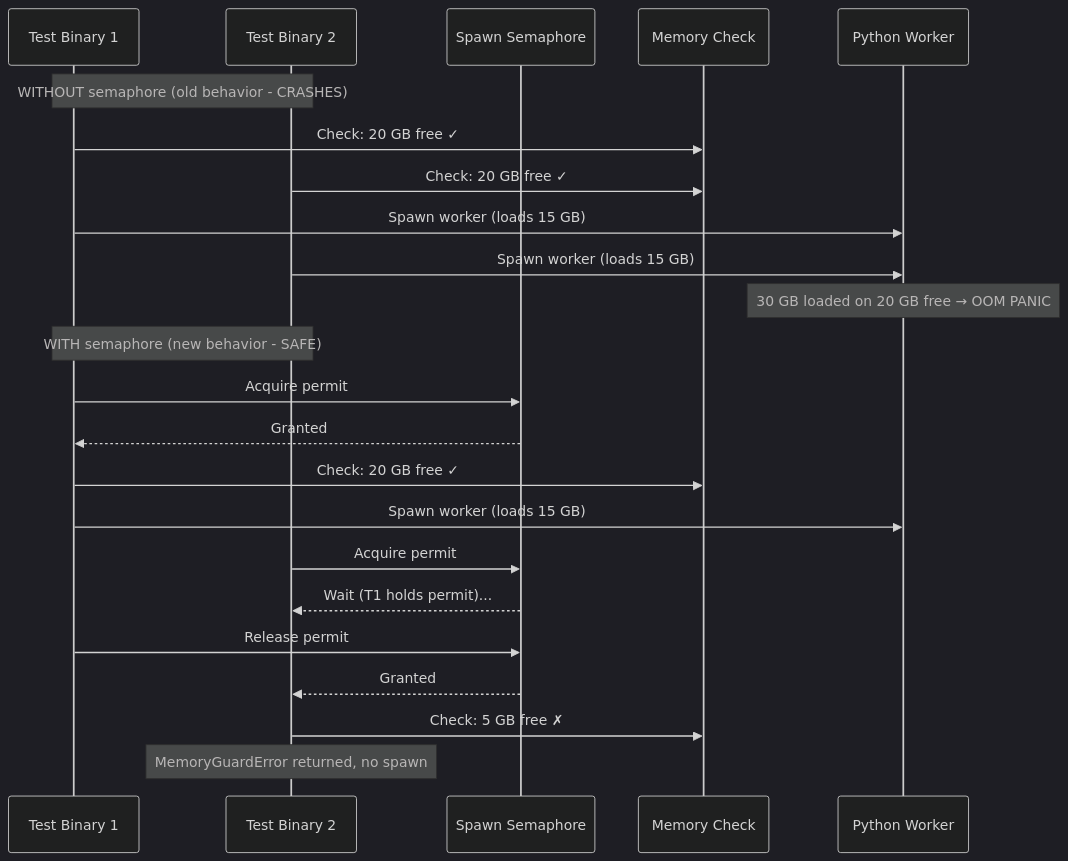
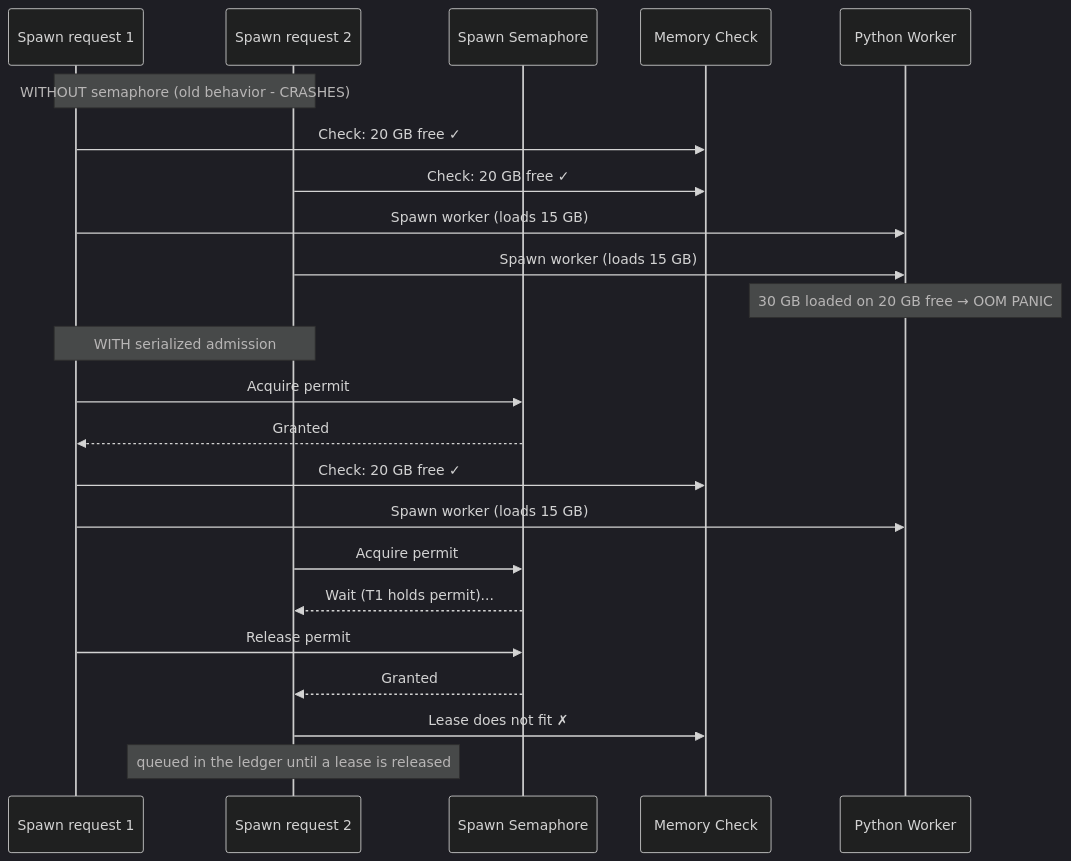
One commit to FranklinChen/talkbank-tools changed the second of 3 diagrams in book/src/batchalign/developer/memory-safety.md. Above: the diagram before and after it, drawn with Mermaid (dark theme). The commit also changed other lines of this file and 523 other files, not shown here.

````diff
--- a/book/src/batchalign/developer/memory-safety.md
+++ b/book/src/batchalign/developer/memory-safety.md
@@ -162,27 +251,27 @@
 ```mermaid
 sequenceDiagram
-    participant T1 as Test Binary 1
-    participant T2 as Test Binary 2
+    participant T1 as Spawn request 1
+    participant T2 as Spawn request 2
     participant Sem as Spawn Semaphore
     participant Mem as Memory Check
     participant Py as Python Worker
 
     Note over T1,T2: WITHOUT semaphore (old behavior - CRASHES)
     T1->>Mem: Check: 20 GB free ✓
     T2->>Mem: Check: 20 GB free ✓
     T1->>Py: Spawn worker (loads 15 GB)
     T2->>Py: Spawn worker (loads 15 GB)
     Note over Py: 30 GB loaded on 20 GB free → OOM PANIC
 
-    Note over T1,T2: WITH semaphore (new behavior - SAFE)
+    Note over T1,T2: WITH serialized admission
     T1->>Sem: Acquire permit
     Sem-->>T1: Granted
     T1->>Mem: Check: 20 GB free ✓
     T1->>Py: Spawn worker (loads 15 GB)
     T2->>Sem: Acquire permit
     Sem-->>T2: Wait (T1 holds permit)...
     T1->>Sem: Release permit
     Sem-->>T2: Granted
-    T2->>Mem: Check: 5 GB free ✗
-    Note over T2: MemoryGuardError returned, no spawn
+    T2->>Mem: Lease does not fit ✗
+    Note over T2: queued in the ledger until a lease is released
 ```
````
